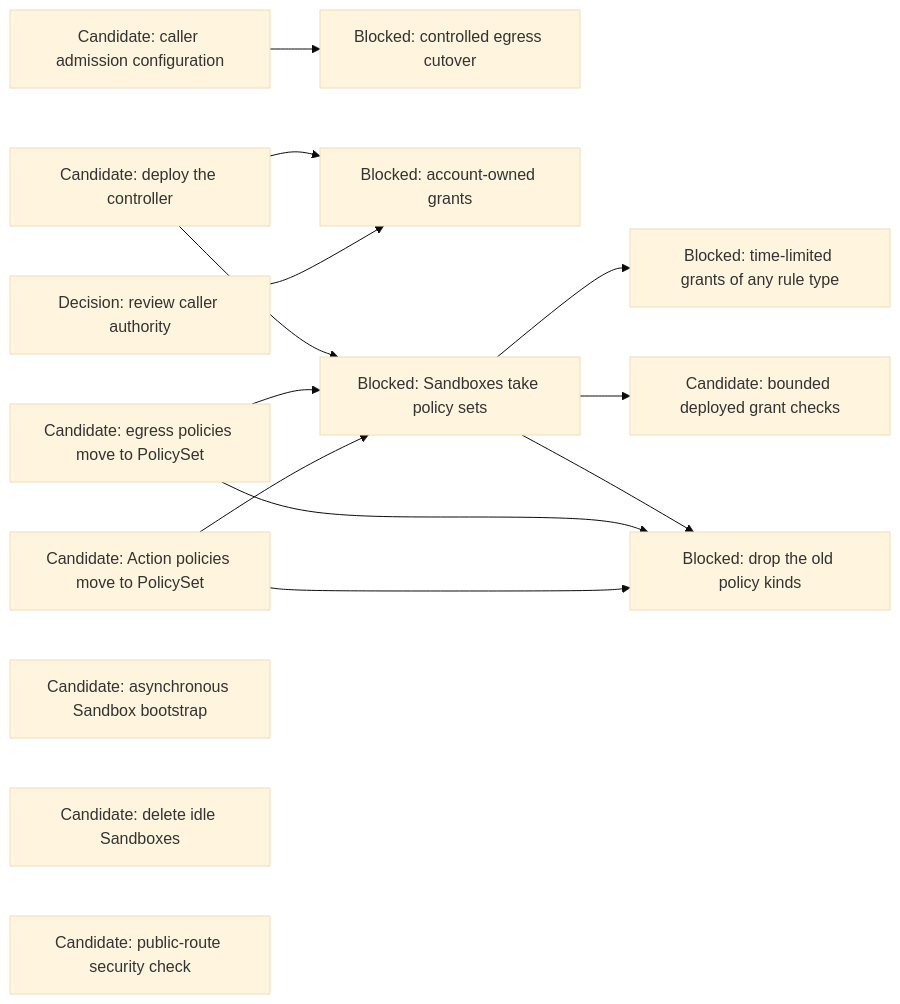
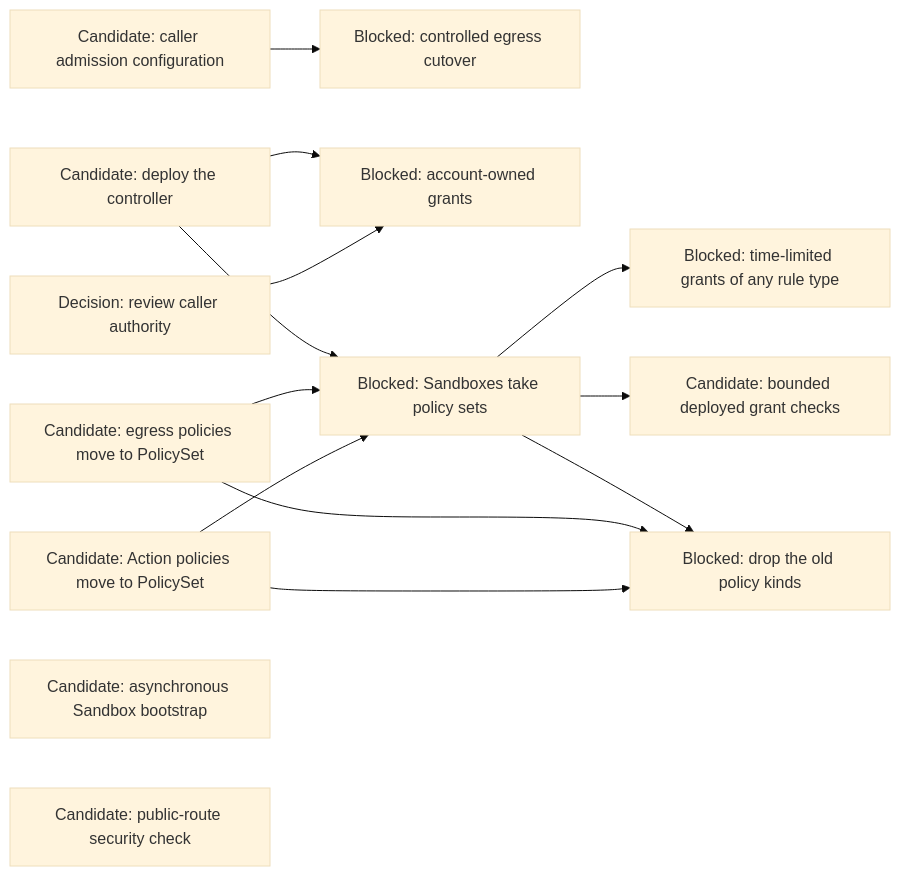
Before and after one commit to agentydragon-agent/ducktape: the eighth of 14 diagrams in agentplane/plans/task_dag.md, drawn with Mermaid (base theme). The commit also changed other lines of this file, not shown here.

````diff
--- a/agentplane/plans/task_dag.md
+++ b/agentplane/plans/task_dag.md
@@ -472,20 +472,19 @@
 ```mermaid
 flowchart LR
     PC_EGRESS_CREDENTIALS[Candidate: caller admission configuration] --> PC_EGRESS[Blocked: controlled egress cutover]
     CLAUDE_AI_SA[Decision: review caller authority] --> MANAGED_SA_RBAC[Blocked: account-owned grants]
     ACTION_POLICY_MIGRATE[Candidate: Action policies move to PolicySet]
     EGRESS_POLICY_MIGRATE[Candidate: egress policies move to PolicySet]
     ACTION_POLICY_MIGRATE --> OLD_POLICY_KINDS_DROP[Blocked: drop the old policy kinds]
     EGRESS_POLICY_MIGRATE --> OLD_POLICY_KINDS_DROP
     ACTION_POLICY_MIGRATE --> POLICY_SANDBOX_CUTOVER
     EGRESS_POLICY_MIGRATE --> POLICY_SANDBOX_CUTOVER
     K8S_POLICY_DEPLOY[Candidate: deploy the controller] --> POLICY_SANDBOX_CUTOVER[Blocked: Sandboxes take policy sets]
     POLICY_SANDBOX_CUTOVER --> POLICY_RUNTIME_GRANTS[Blocked: time-limited grants of any rule type]
     K8S_POLICY_DEPLOY --> MANAGED_SA_RBAC
     POLICY_SANDBOX_CUTOVER --> SANDBOX_RBAC
     POLICY_SANDBOX_CUTOVER --> OLD_POLICY_KINDS_DROP
     BOOTSTRAP_PROGRESS_CONTRACT[Candidate: asynchronous Sandbox bootstrap]
-    SANDBOX_IDLE_EXPIRY[Candidate: delete idle Sandboxes]
     SANDBOX_RBAC[Candidate: bounded deployed grant checks]
     NOTIFICATION_INGRESS_BOUNDARY[Candidate: public-route security check]
 ```
````
